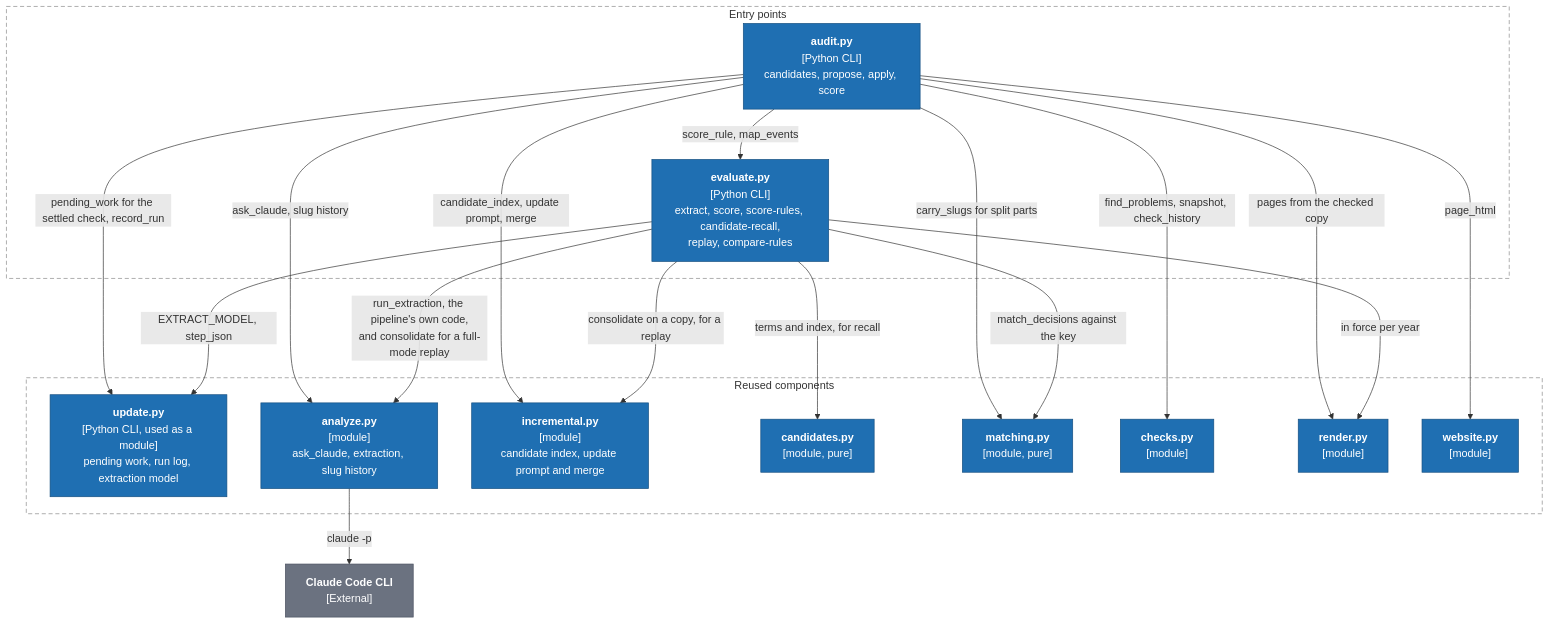
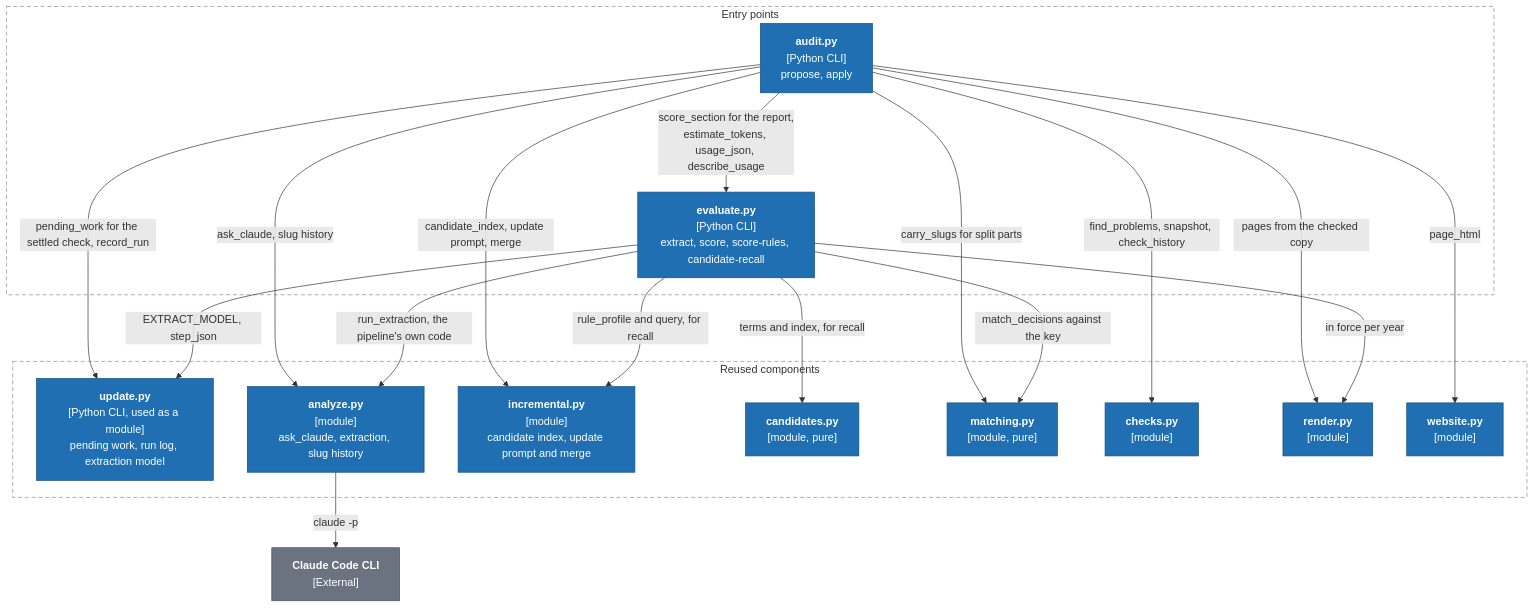
The tenth of 11 diagrams in docs/architecture.md (Lentz92/styrke-referater), drawn with Mermaid before and after one commit. The commit also changed other lines of this file and 3 other files, not shown here.

First line of the commit message:
Describe the simplified pipeline, CI and measurement lanes in the docs

````diff
--- a/docs/architecture.md
+++ b/docs/architecture.md
@@ -646,45 +647,45 @@
 ```mermaid
 flowchart TB
   %% Sources. The import lines of audit.py and evaluate.py and the calls named on the arrows.
 
   subgraph ENTRY["Entry points"]
-    audit["<b>audit.py</b><br/>[Python CLI]<br/>candidates, propose, apply, score"]:::code
-    evaluate["<b>evaluate.py</b><br/>[Python CLI]<br/>extract, score, score-rules, candidate-recall,<br/>replay, compare-rules"]:::code
+    audit["<b>audit.py</b><br/>[Python CLI]<br/>propose, apply"]:::code
+    evaluate["<b>evaluate.py</b><br/>[Python CLI]<br/>extract, score, score-rules, candidate-recall"]:::code
   end
   subgraph COMP["Reused components"]
     update["<b>update.py</b><br/>[Python CLI, used as a module]<br/>pending work, run log, extraction model"]:::code
     analyze["<b>analyze.py</b><br/>[module]<br/>ask_claude, extraction, slug history"]:::code
     incremental["<b>incremental.py</b><br/>[module]<br/>candidate index, update prompt and merge"]:::code
     candidates["<b>candidates.py</b><br/>[module, pure]"]:::code
     matching["<b>matching.py</b><br/>[module, pure]"]:::code
     checks["<b>checks.py</b><br/>[module]"]:::code
     render["<b>render.py</b><br/>[module]"]:::code
     website["<b>website.py</b><br/>[module]"]:::code
   end
   claude["<b>Claude Code CLI</b><br/>[External]"]:::ext
 
   audit -->|"pending_work for the settled check, record_run"| update
   audit -->|"ask_claude, slug history"| analyze
   audit -->|"candidate_index, update prompt, merge"| incremental
   audit -->|"find_problems, snapshot, check_history"| checks
-  audit -->|"score_rule, map_events"| evaluate
+  audit -->|"score_section for the report,<br/>estimate_tokens, usage_json, describe_usage"| evaluate
   audit -->|"carry_slugs for split parts"| matching
   audit -->|"pages from the checked copy"| render
   audit -->|"page_html"| website
-  evaluate -->|"run_extraction, the pipeline's own code,<br/>and consolidate for a full-mode replay"| analyze
-  evaluate -->|"consolidate on a copy, for a replay"| incremental
+  evaluate -->|"run_extraction, the pipeline's own code"| analyze
+  evaluate -->|"rule_profile and query, for recall"| incremental
   evaluate -->|"terms and index, for recall"| candidates
   evaluate -->|"match_decisions against the key"| matching
   evaluate -->|"in force per year"| render
   evaluate -->|"EXTRACT_MODEL, step_json"| update
   analyze -->|"claude -p"| claude
 
   style ENTRY fill:none,stroke:#8a8a8a,stroke-dasharray:6 4
   style COMP fill:none,stroke:#8a8a8a,stroke-dasharray:6 4
   classDef person fill:#0b3d6e,stroke:#072a4d,color:#ffffff
   classDef code fill:#1f6fb2,stroke:#154f80,color:#ffffff
   classDef claude fill:#c2410c,stroke:#8a2e08,color:#ffffff
   classDef ext fill:#6b7280,stroke:#4b5160,color:#ffffff
   classDef store fill:#2f7d5b,stroke:#1f5a40,color:#ffffff
   classDef guard fill:#8e244d,stroke:#5f1833,color:#ffffff
 ```
````
